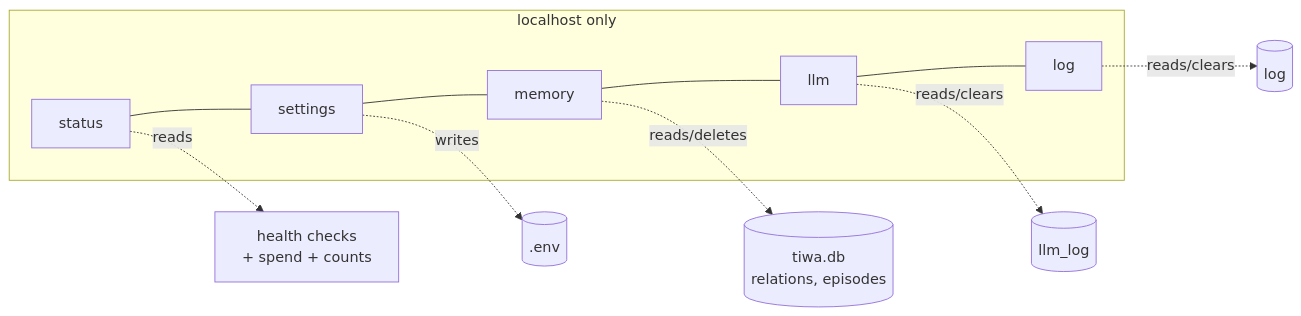
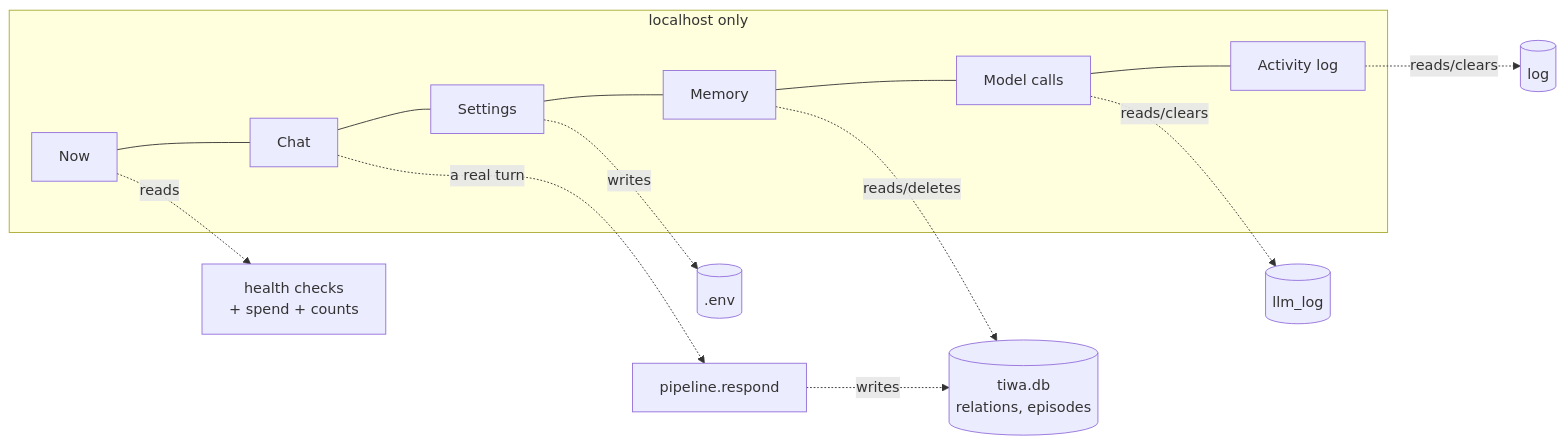
Before and after one commit to krichpapath/Tiwa-Utility-Chatbot: the diagram in docs/surfaces/panel.md, drawn with Mermaid. The commit also changed other lines of this file and 123 other files, not shown here.

````diff
--- a/docs/surfaces/panel.md
+++ b/docs/surfaces/panel.md
@@ -22,11 +30,13 @@
 ```mermaid
 flowchart LR
     subgraph browser["localhost only"]
-        S[status] --- SE[settings] --- M[memory] --- L[llm] --- LG[log]
+        N[Now] --- C[Chat] --- SE[Settings] --- M[Memory] --- L[Model calls] --- LG[Activity log]
     end
-    S -.reads.-> H[health checks<br/>+ spend + counts]
+    N -.reads.-> H[health checks<br/>+ spend + counts]
+    C -.a real turn.-> P[pipeline.respond]
     SE -.writes.-> E[(.env)]
     M -.reads/deletes.-> DB[(tiwa.db<br/>relations, episodes)]
     L -.reads/clears.-> LL[(llm_log)]
     LG -.reads/clears.-> LO[(log)]
+    P -.writes.-> DB
 ```
````
